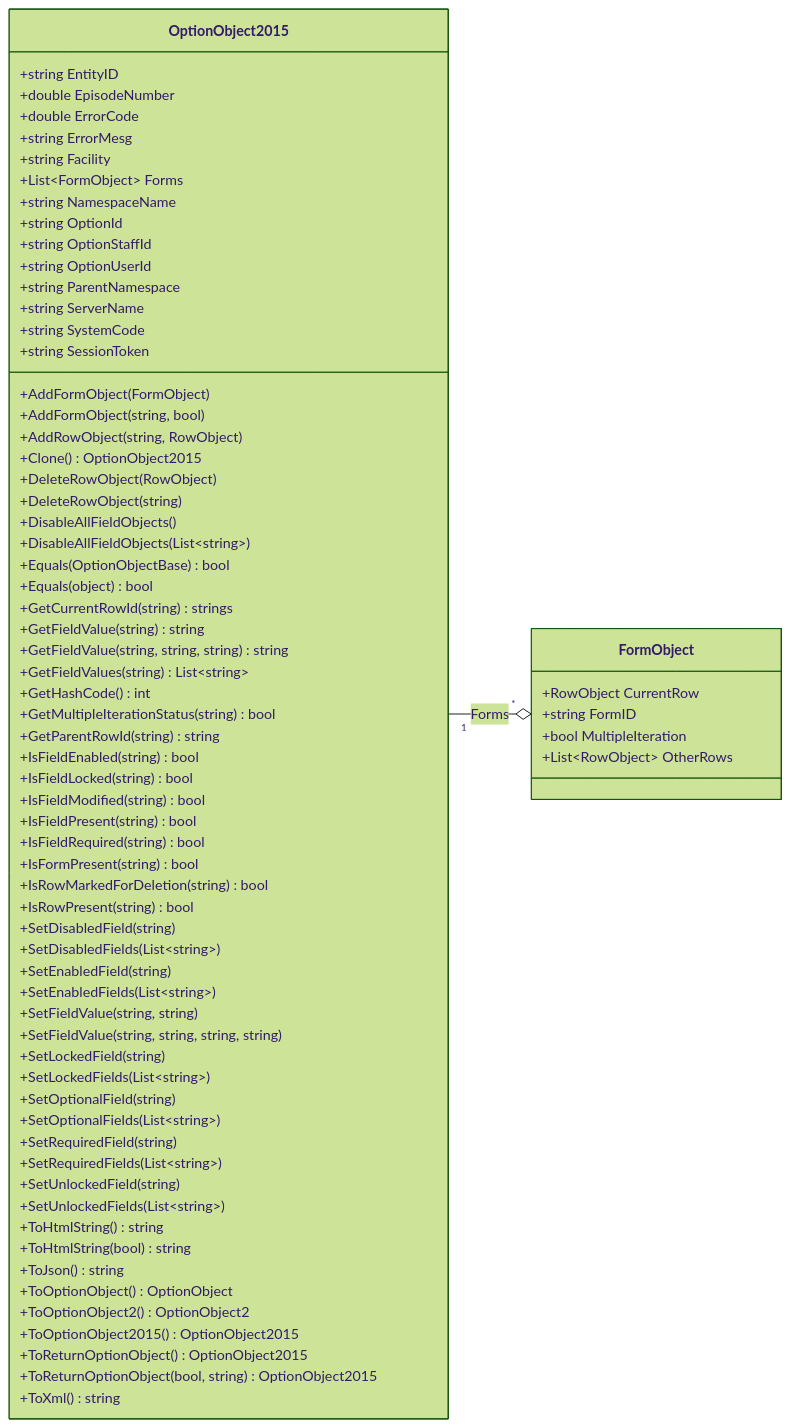
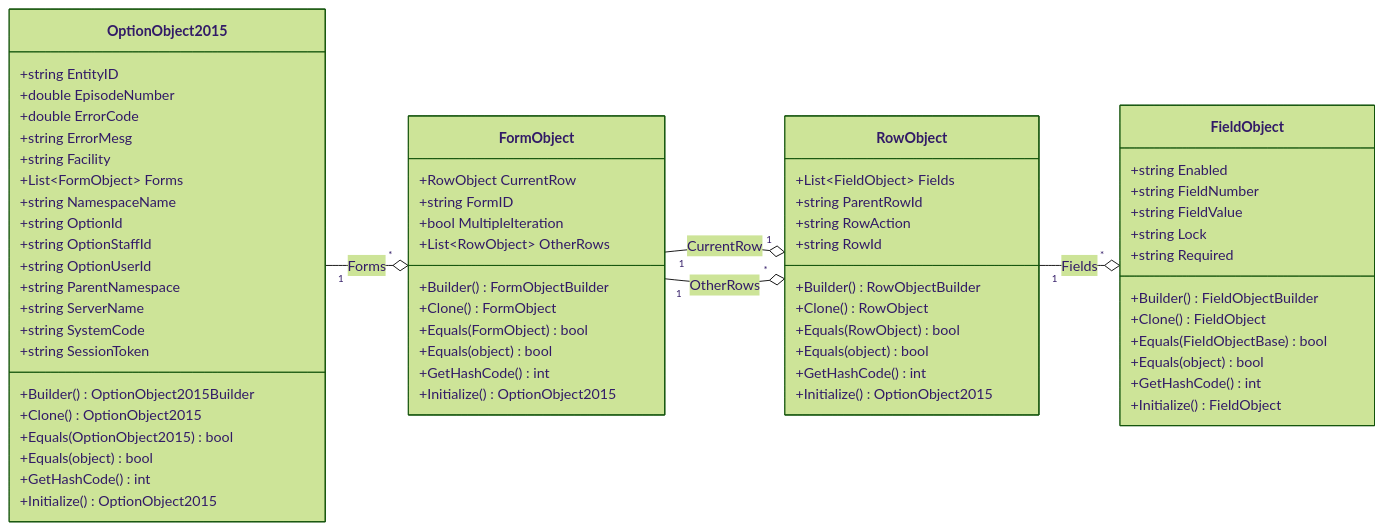
Before and after one commit to rarelysimple/RarelySimple.AvatarScriptLink: the first of 2 diagrams in docs/docs/dotnet/data-model/optionobject2015.mdx, drawn with Mermaid (forest theme). The commit also changed other lines of this file and 62 other files, not shown here.

````diff
--- a/docs/docs/dotnet/data-model/optionobject2015.mdx
+++ b/docs/docs/dotnet/data-model/optionobject2015.mdx
@@ -24,79 +15,75 @@
 ```mermaid
 classDiagram
 direction LR
 class OptionObject2015 {
     +string EntityID
     +double EpisodeNumber
     +double ErrorCode
     +string ErrorMesg
     +string Facility
     +List~FormObject~ Forms
     +string NamespaceName
     +string OptionId
     +string OptionStaffId
     +string OptionUserId
     +string ParentNamespace
     +string ServerName
     +string SystemCode
     +string SessionToken
-    +AddFormObject(FormObject)
-    +AddFormObject(string, bool)
-    +AddRowObject(string, RowObject)
+    +Builder() OptionObject2015Builder
     +Clone() OptionObject2015
-    +DeleteRowObject(RowObject)
-    +DeleteRowObject(string)
-    +DisableAllFieldObjects()
-    +DisableAllFieldObjects(List~string~)
-    +Equals(OptionObjectBase) bool
+    +Equals(OptionObject2015) bool
     +Equals(object) bool
-    +GetCurrentRowId(string) strings
-    +GetFieldValue(string) string
-    +GetFieldValue(string, string, string) string
-    +GetFieldValues(string) List~string~
     +GetHashCode() int
-    +GetMultipleIterationStatus(string) bool
-    +GetParentRowId(string) string
-    +IsFieldEnabled(string) bool
-    +IsFieldLocked(string) bool
-    +IsFieldModified(string) bool
-    +IsFieldPresent(string) bool
-    +IsFieldRequired(string) bool
-    +IsFormPresent(string) bool
-    +IsRowMarkedForDeletion(string) bool
-    +IsRowPresent(string) bool
-    +SetDisabledField(string)
-    +SetDisabledFields(List~string~)
-    +SetEnabledField(string)
-    +SetEnabledFields(List~string~)
-    +SetFieldValue(string, string)
-    +SetFieldValue(string, string, string, string)
-    +SetLockedField(string)
-    +SetLockedFields(List~string~)
-    +SetOptionalField(string)
-    +SetOptionalFields(List~string~)
-    +SetRequiredField(string)
-    +SetRequiredFields(List~string~)
-    +SetUnlockedField(string)
-    +SetUnlockedFields(List~string~)
-    +ToHtmlString() string
-    +ToHtmlString(bool) string
-    +ToJson() string
-    +ToOptionObject() OptionObject
-    +ToOptionObject2() OptionObject2
-    +ToOptionObject2015() OptionObject2015
-    +ToReturnOptionObject() OptionObject2015
-    +ToReturnOptionObject(bool, string) OptionObject2015
-    +ToXml() string
+    +Initialize() OptionObject2015
 }
 
 class FormObject {
     +RowObject CurrentRow
     +string FormID
     +bool MultipleIteration
     +List~RowObject~ OtherRows
+    +Builder() FormObjectBuilder
+    +Clone() FormObject
+    +Equals(FormObject) bool
+    +Equals(object) bool
+    +GetHashCode() int
+    +Initialize() OptionObject2015
+}
+
+class RowObject {
+    +List~FieldObject~ Fields
+    +string ParentRowId
+    +string RowAction
+    +string RowId
+    +Builder() RowObjectBuilder
+    +Clone() RowObject
+    +Equals(RowObject) bool
+    +Equals(object) bool
+    +GetHashCode() int
+    +Initialize() OptionObject2015
+}
+
+class FieldObject {
+    +string Enabled
+    +string FieldNumber
+    +string FieldValue
+    +string Lock
+    +string Required
+    +Builder() FieldObjectBuilder
+    +Clone() FieldObject
+    +Equals(FieldObjectBase) bool
+    +Equals(object) bool
+    +GetHashCode() int
+    +Initialize() FieldObject
 }
 
 OptionObject2015 "1" --o "*" FormObject : Forms
+FormObject "1" --o "1" RowObject : CurrentRow
+FormObject "1" --o "*" RowObject : OtherRows
+RowObject "1" --o "*" FieldObject : Fields
 
 click FormObject href "./formobject" "Learn more about the FormObject"
+click RowObject href "./rowobject" "Learn more about the RowObject"
+click FieldObject href "./fieldobject" "Learn more about the FieldObject"
 ```
````
